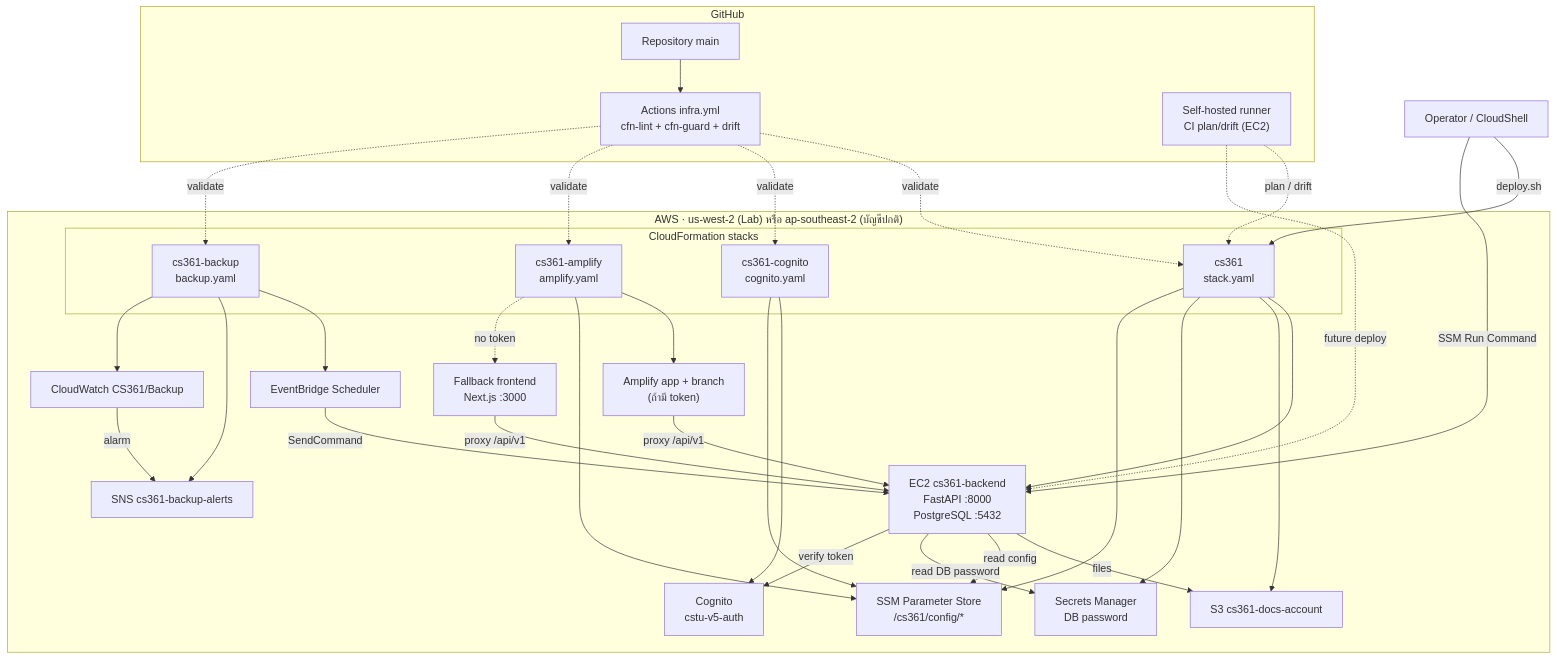
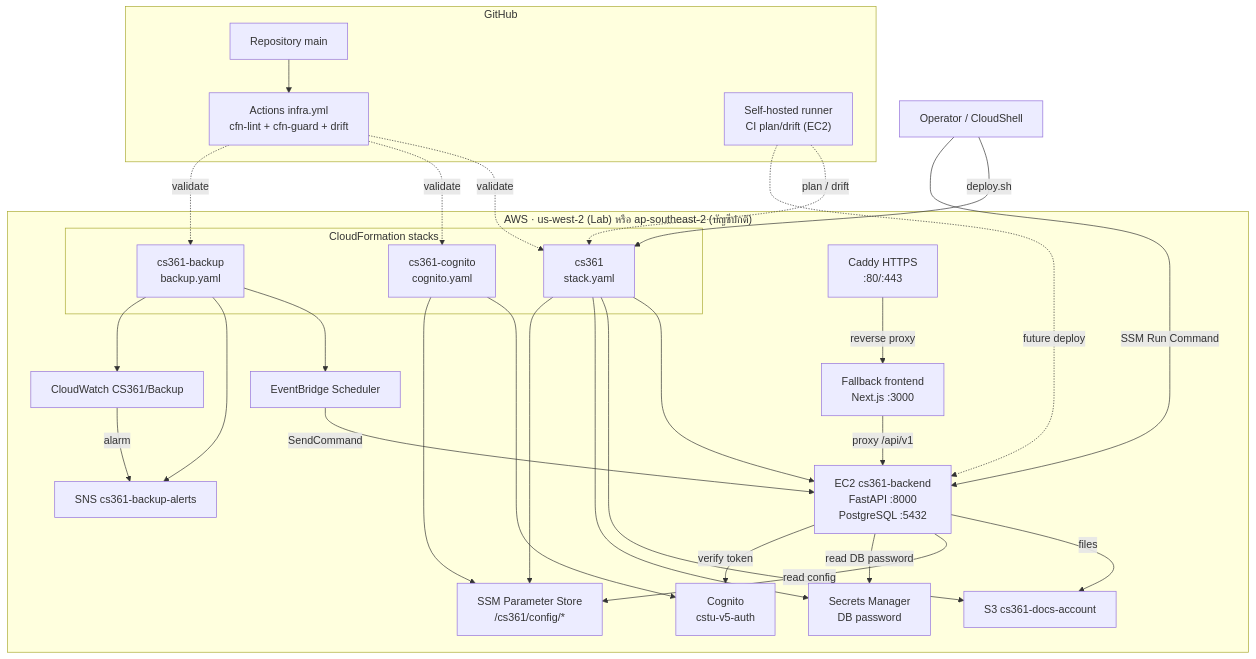
One commit to sirimongkol0/CS361_G650-15 changed the first of 4 diagrams in docs/architecture/v5-architecture.md. Above: the diagram before and after it, drawn with Mermaid. The commit also changed other lines of this file and 22 other files, not shown here.

Commit message:
refactor(v5): remove Amplify and use the EC2/Caddy frontend

````diff
--- a/docs/architecture/v5-architecture.md
+++ b/docs/architecture/v5-architecture.md
@@ -20,62 +19,57 @@
 ```mermaid
 flowchart TB
   subgraph GH["GitHub"]
     Repo["Repository main"]
     CI["Actions infra.yml<br/>cfn-lint + cfn-guard + drift"]
     Runner["Self-hosted runner<br/>CI plan/drift (EC2)"]
   end
 
   Op["Operator / CloudShell"]
 
   subgraph AWS["AWS · us-west-2 (Lab) หรือ ap-southeast-2 (บัญชีปกติ)"]
     subgraph CFN["CloudFormation stacks"]
       Base["cs361<br/>stack.yaml"]
       CogStack["cs361-cognito<br/>cognito.yaml"]
-      AmpStack["cs361-amplify<br/>amplify.yaml"]
       BackupStack["cs361-backup<br/>backup.yaml"]
     end
 
     EC2["EC2 cs361-backend<br/>FastAPI :8000<br/>PostgreSQL :5432"]
     Front["Fallback frontend<br/>Next.js :3000"]
     S3["S3 cs361-docs-account"]
     Pool["Cognito<br/>cstu-v5-auth"]
-    Amp["Amplify app + branch<br/>(ถ้ามี token)"]
+    Edge["Caddy HTTPS<br/>:80/:443"]
     Param["SSM Parameter Store<br/>/cs361/config/*"]
     Secret["Secrets Manager<br/>DB password"]
     Sched["EventBridge Scheduler"]
     SNS["SNS cs361-backup-alerts"]
     CW["CloudWatch CS361/Backup"]
   end
 
   Repo --> CI
   CI -.->|validate| Base
   CI -.->|validate| CogStack
-  CI -.->|validate| AmpStack
   CI -.->|validate| BackupStack
   Runner -.->|plan / drift| Base
   Runner -.->|future deploy| EC2
   Op -->|deploy.sh| Base
   Op -->|SSM Run Command| EC2
 
   Base --> EC2
   Base --> S3
   Base --> Secret
   Base --> Param
   CogStack --> Pool
   CogStack --> Param
-  AmpStack --> Amp
-  AmpStack --> Param
-  AmpStack -.->|no token| Front
   BackupStack --> Sched
   BackupStack --> SNS
   BackupStack --> CW
 
   EC2 -->|files| S3
   EC2 -->|read config| Param
   EC2 -->|read DB password| Secret
   EC2 -->|verify token| Pool
   Front -->|proxy /api/v1| EC2
-  Amp -->|proxy /api/v1| EC2
+  Edge -->|reverse proxy| Front
   Sched -->|SendCommand| EC2
   CW -->|alarm| SNS
 ```
````
